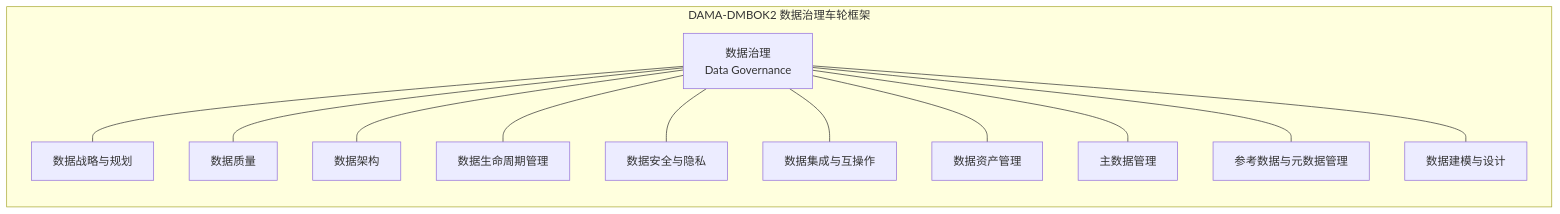
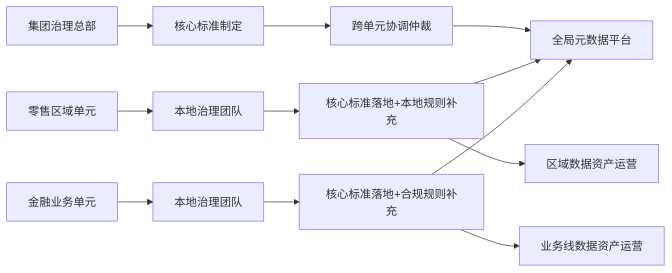
Before and after one commit to davidturing/agent: the first of 2 diagrams in 数据治理/01.数据治理核心概念与理论框架/1.3-数据治理的基本原则与方法论.md, drawn with Mermaid. The commit also changed other lines of this file, not shown here.

````diff
--- a/数据治理/01.数据治理核心概念与理论框架/1.3-数据治理的基本原则与方法论.md
+++ b/数据治理/01.数据治理核心概念与理论框架/1.3-数据治理的基本原则与方法论.md
@@ -20,26 +76,13 @@
 ```mermaid
 flowchart LR
-    subgraph DAMA-DMBOK2 数据治理车轮框架
-        center[数据治理<br>Data Governance]
-        A[数据战略与规划]
-        B[数据质量]
-        C[数据架构]
-        D[数据生命周期管理]
-        E[数据安全与隐私]
-        F[数据集成与互操作]
-        G[数据资产管理]
-        H[主数据管理]
-        I[参考数据与元数据管理]
-        J[数据建模与设计]
-    end
-    center --- A
-    center --- B
-    center --- C
-    center --- D
-    center --- E
-    center --- F
-    center --- G
-    center --- H
-    center --- I
-    center --- J
+    Z[集团治理总部] --> Z1[核心标准制定]
+    Z1 --> Z2[跨单元协调仲裁]
+    Z2 --> Z3[全局元数据平台]
+    A[零售区域单元] --> A1[本地治理团队]
+    A1 --> A2[核心标准落地+本地规则补充]
+    A2 --> A3[区域数据资产运营]
+    B[金融业务单元] --> B1[本地治理团队]
+    B1 --> B2[核心标准落地+合规规则补充]
+    B2 --> B3[业务线数据资产运营]
+    A2 & B2 --> Z3
 ```
````
